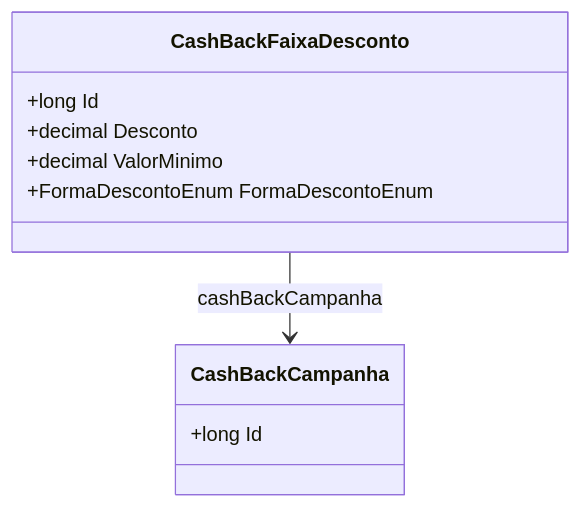
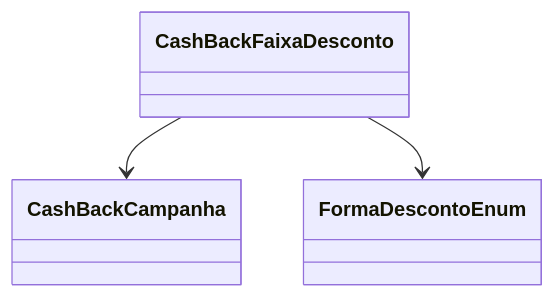
The diagram in docs/b2b-dominio/IsthmusWinthor.Nucleo/IsthmusWinthor.Dominio/Entidades/CashBackFaixaDesconto.md (IsthmusSistemas/documentacao-tecnica), drawn with Mermaid before and after one commit. The commit also changed other lines of this file and 882 other files, not shown here.

````diff
--- a/docs/b2b-dominio/IsthmusWinthor.Nucleo/IsthmusWinthor.Dominio/Entidades/CashBackFaixaDesconto.md
+++ b/docs/b2b-dominio/IsthmusWinthor.Nucleo/IsthmusWinthor.Dominio/Entidades/CashBackFaixaDesconto.md
@@ -21,14 +22,5 @@
 ```mermaid
 classDiagram
-    class CashBackFaixaDesconto {
-        +long Id
-        +decimal Desconto
-        +decimal ValorMinimo
-        +FormaDescontoEnum FormaDescontoEnum
-    }
-    class CashBackCampanha {
-        +long Id
-    }
-    
-    CashBackFaixaDesconto --> CashBackCampanha : cashBackCampanha
+    CashBackFaixaDesconto --> CashBackCampanha
+    CashBackFaixaDesconto --> FormaDescontoEnum
 ```
````
